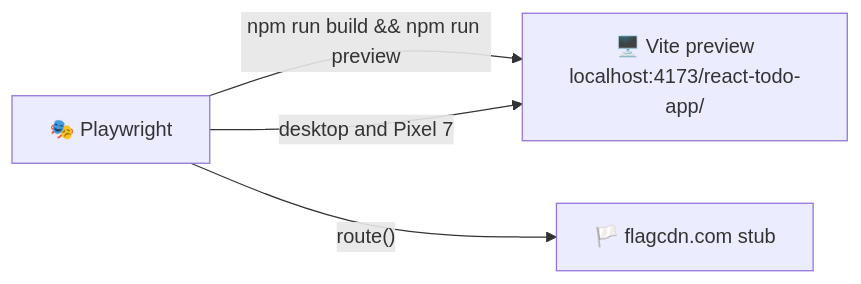
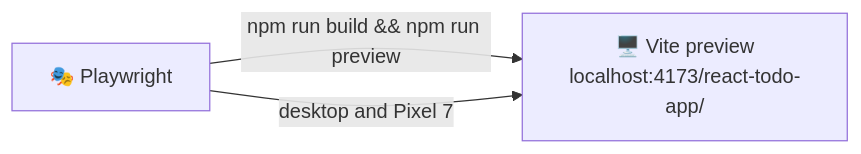
The second of 2 diagrams in docs/testing.md (sacrificed666/react-todo-app), drawn with Mermaid before and after one commit. The commit also changed other lines of this file and 72 other files, not shown here.

````diff
--- a/docs/testing.md
+++ b/docs/testing.md
@@ -95,6 +95,5 @@
 ```mermaid
 flowchart LR
   PW[🎭 Playwright] -->|"npm run build && npm run preview"| App["🖥️ Vite preview<br/>localhost:4173/react-todo-app/"]
   PW -->|desktop and Pixel 7| App
-  PW -->|"route()"| Flags["🏳️ flagcdn.com stub"]
 ```
````
